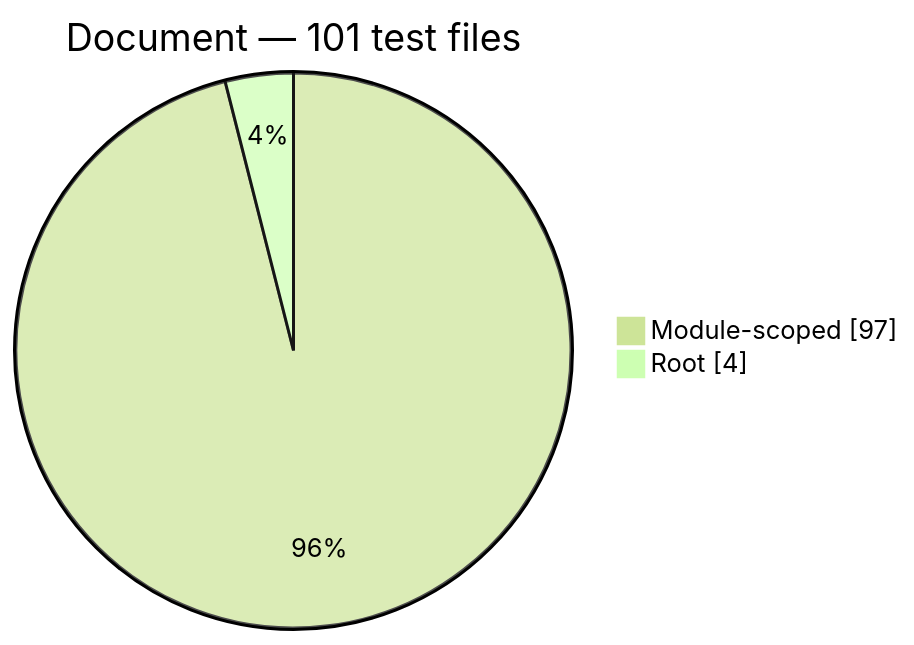
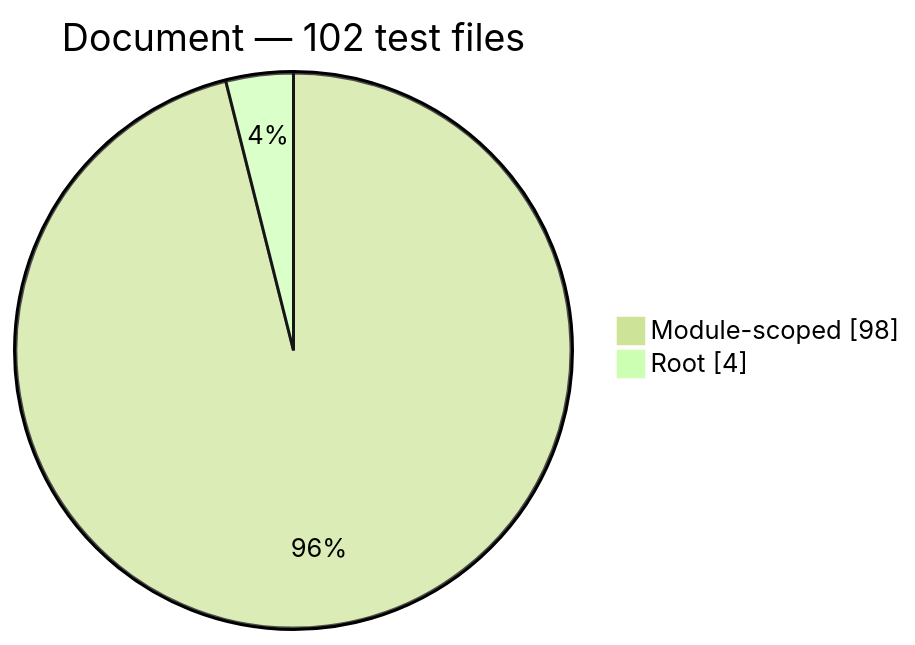
The fourth of 13 diagrams in docs/generated/test-composition.md (PHP-Arazzo/php-arazzo), drawn with Mermaid (forest theme) before and after one commit. The commit also changed other lines of this file and 33 other files, not shown here.

````diff
--- a/docs/generated/test-composition.md
+++ b/docs/generated/test-composition.md
@@ -62,6 +62,6 @@
 ```mermaid
 pie showData
-    title Document — 101 test files
-    "Module-scoped": 97
+    title Document — 102 test files
+    "Module-scoped": 98
     "Root": 4
 ```
````
